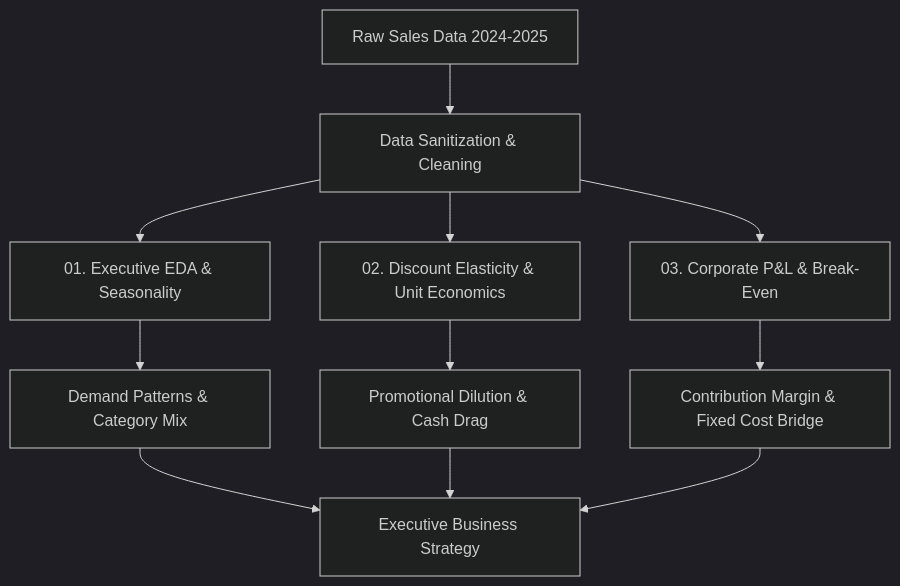
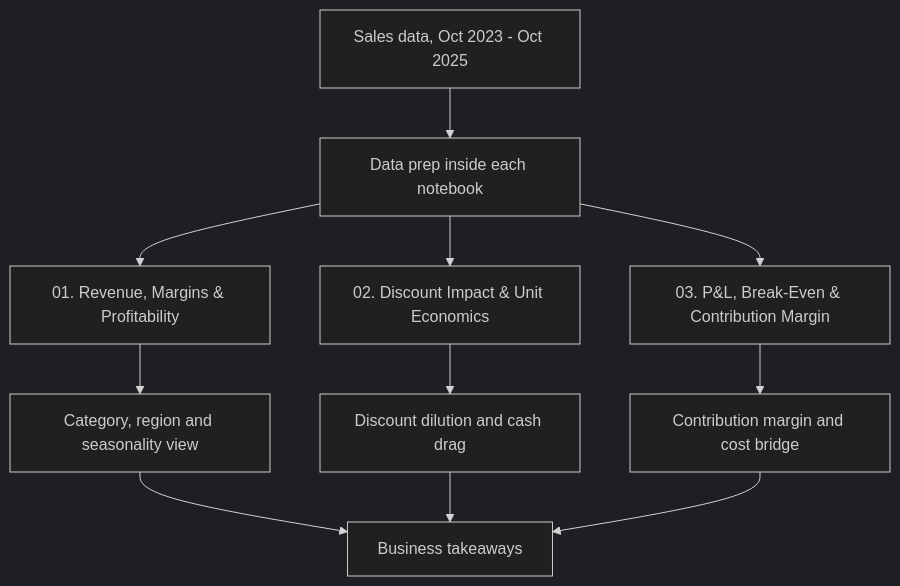
Before and after one commit to KuzevaStasy/E-commerce-Profitability-P-L-Analysis: the first of 2 diagrams in README.md, drawn with Mermaid (dark theme). The commit also changed other lines of this file, not shown here.

````diff
--- a/README.md
+++ b/README.md
@@ -9,15 +5,15 @@
 ```mermaid
 graph TD
-    A[Raw Sales Data 2024-2025] --> B[Data Sanitization & Cleaning]
-    B --> C[01. Executive EDA & Seasonality]
-    B --> D[02. Discount Elasticity & Unit Economics]
-    B --> E[03. Corporate P&L & Break-Even]
+    A[Sales data, Oct 2023 - Oct 2025] --> B[Data prep inside each notebook]
+    B --> C[01. Revenue, Margins & Profitability]
+    B --> D[02. Discount Impact & Unit Economics]
+    B --> E[03. P&L, Break-Even & Contribution Margin]
 
-    C --> F[Demand Patterns & Category Mix]
-    D --> G[Promotional Dilution & Cash Drag]
-    E --> H[Contribution Margin & Fixed Cost Bridge]
+    C --> F[Category, region and seasonality view]
+    D --> G[Discount dilution and cash drag]
+    E --> H[Contribution margin and cost bridge]
 
-    F --> I[Executive Business Strategy]
+    F --> I[Business takeaways]
     G --> I
     H --> I
 ```
````
